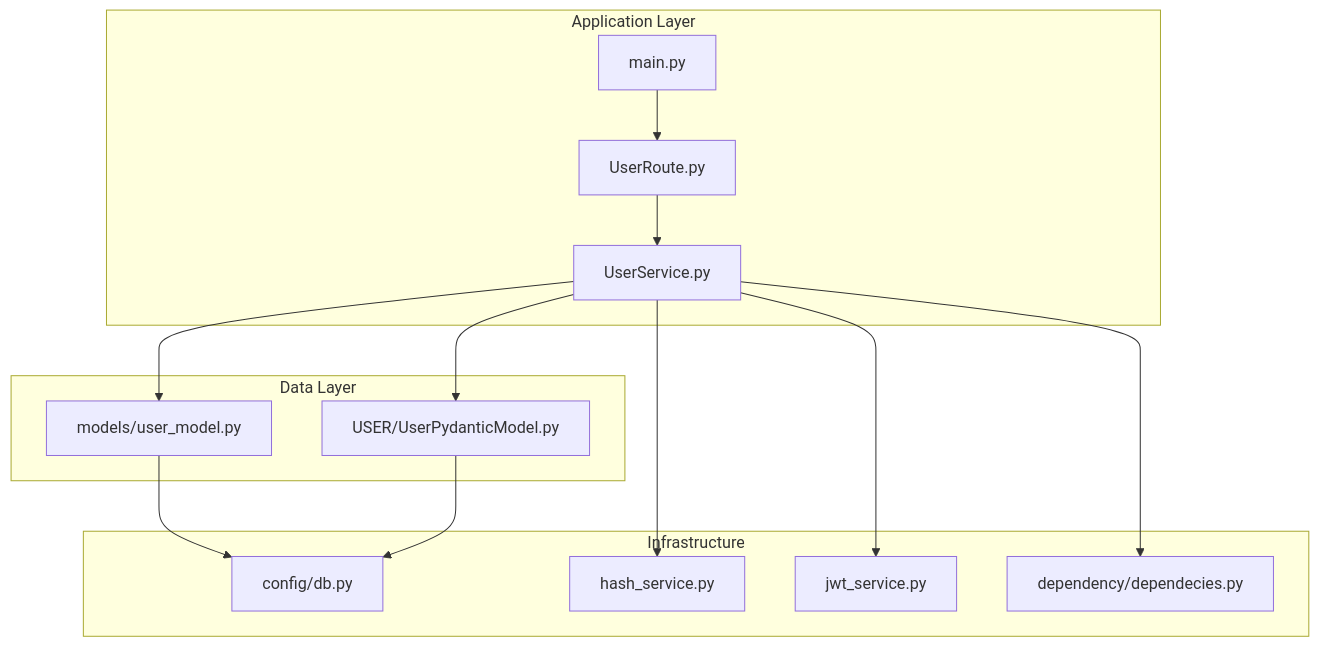
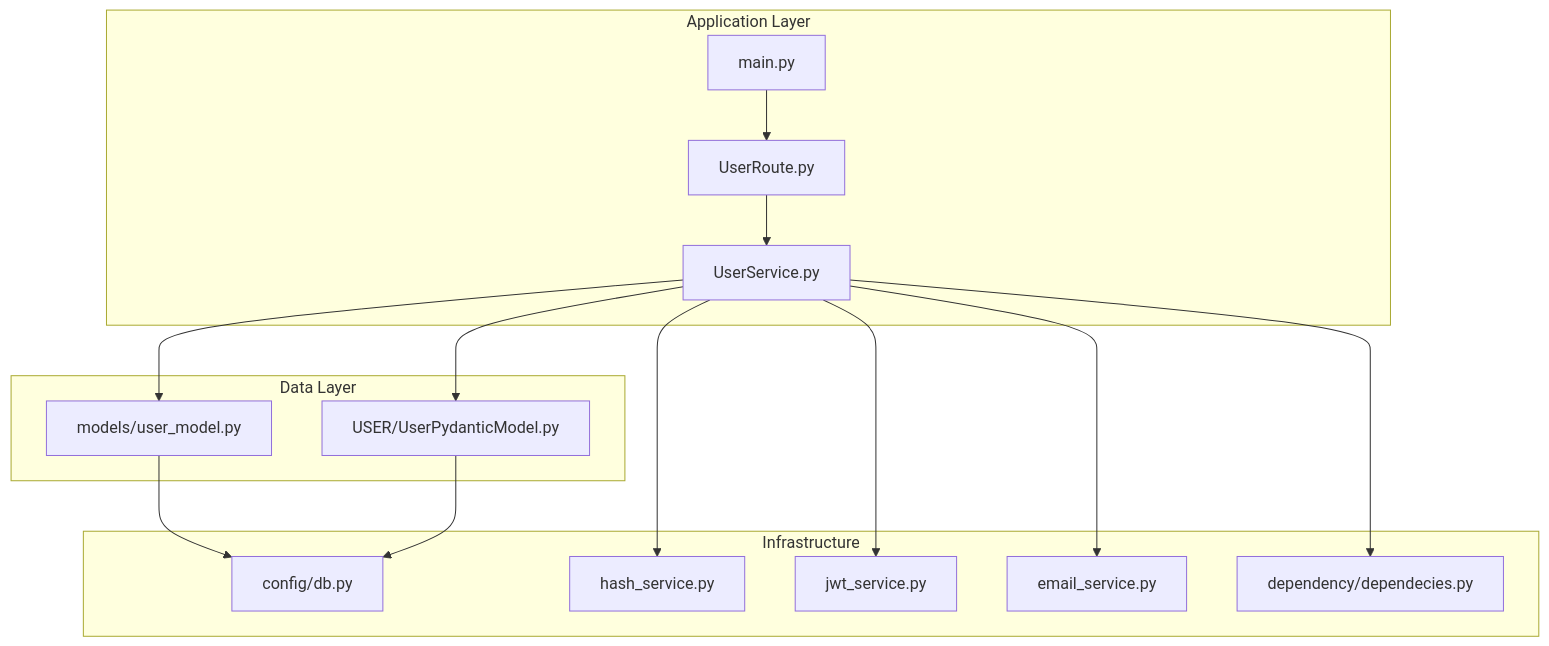
One commit to srikant-panda/auth-service changed the first of 8 diagrams in .qoder/repowiki/en/content/Core Concepts/Data Models and Pydantic Integration.md. Above: the diagram before and after it, drawn with Mermaid. The commit also changed other lines of this file and 11 other files, not shown here.

````diff
--- a/.qoder/repowiki/en/content/Core Concepts/Data Models and Pydantic Integration.md
+++ b/.qoder/repowiki/en/content/Core Concepts/Data Models and Pydantic Integration.md
@@ -38,27 +48,29 @@
 ```mermaid
 graph TB
 subgraph "Application Layer"
 MAIN[main.py]
 ROUTER[UserRoute.py]
 SERVICE[UserService.py]
 end
 subgraph "Data Layer"
 MODELS[models/user_model.py]
 PYDANTIC[USER/UserPydanticModel.py]
 end
 subgraph "Infrastructure"
 CONFIG[config/db.py]
 HASH[hash_service.py]
 JWT[jwt_service.py]
+EMAIL[email_service.py]
 DEPS[dependency/dependecies.py]
 end
 MAIN --> ROUTER
 ROUTER --> SERVICE
 SERVICE --> MODELS
 SERVICE --> PYDANTIC
 SERVICE --> HASH
 SERVICE --> JWT
+SERVICE --> EMAIL
 SERVICE --> DEPS
 MODELS --> CONFIG
 PYDANTIC --> CONFIG
 ```
````
